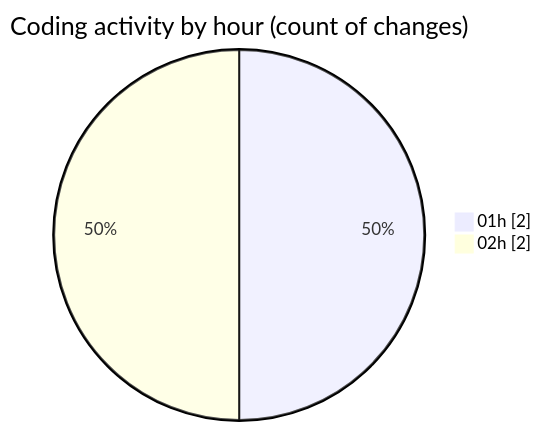
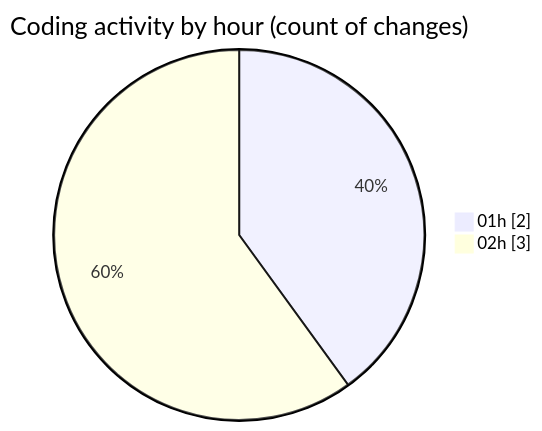
The second of 2 diagrams in 2026-07-13/untitled__workspace_/README.md (shibass792/code-tracking), drawn with Mermaid before and after one commit. The commit also changed other lines of this file and 1 other file, not shown here.

````diff
--- a/2026-07-13/untitled__workspace_/README.md
+++ b/2026-07-13/untitled__workspace_/README.md
@@ -31,6 +31,6 @@
 ```mermaid
 pie showData
 title Coding activity by hour (count of changes)
 "01h" : 2
-"02h" : 2
+"02h" : 3
 ```
````
